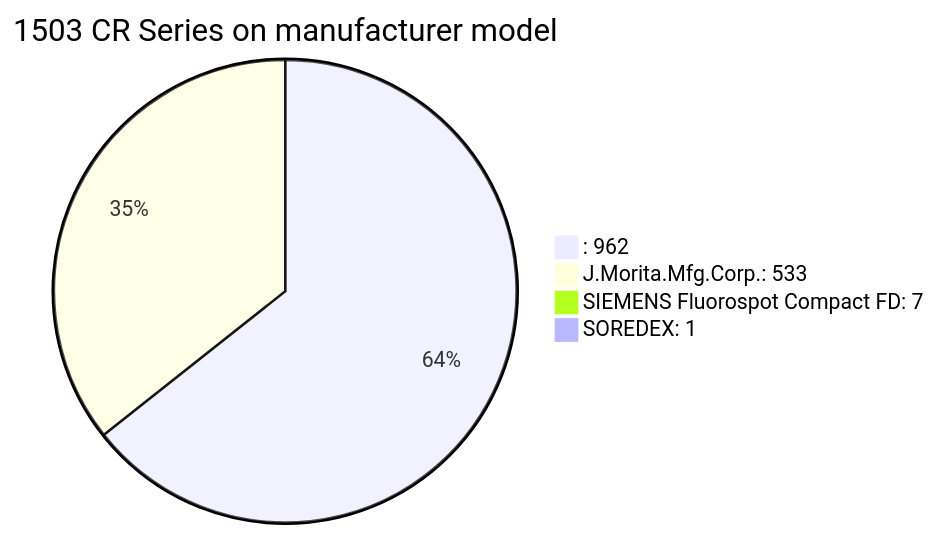
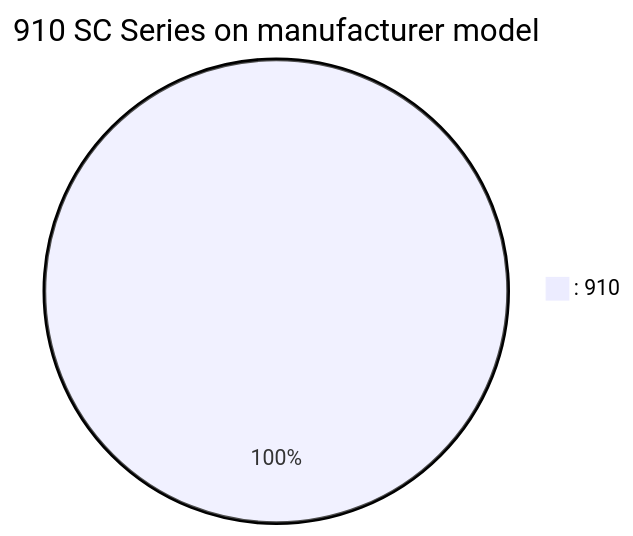
Diagram 18 of 27 in a1_raw_dicom.md (doidio/nonapx), drawn with Mermaid before and after one commit. The commit also changed other lines of this file and 1 other file, not shown here.

````diff
--- a/a1_raw_dicom.md
+++ b/a1_raw_dicom.md
@@ -167,7 +146,4 @@
 ```mermaid
-pie title 1503 CR Series on manufacturer model
-    ": 962" : 962
-    "J.Morita.Mfg.Corp.: 533" : 533
-    "SIEMENS Fluorospot Compact FD: 7" : 7
-    "SOREDEX: 1" : 1
+pie title 910 SC Series on manufacturer model
+    ": 910" : 910
 ```
````
